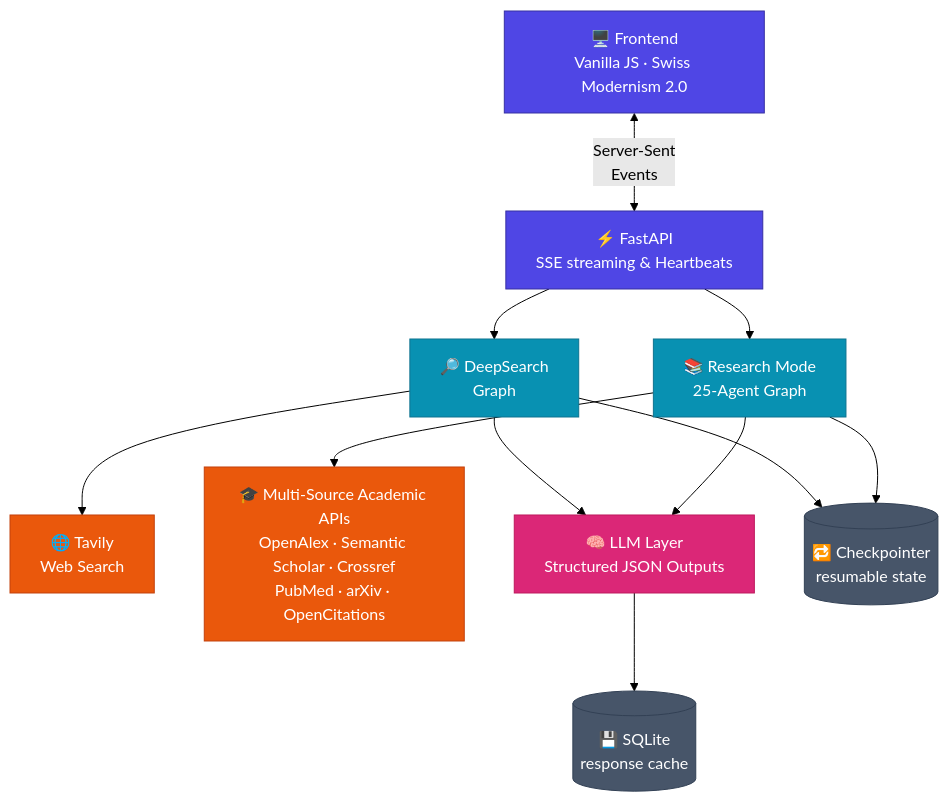
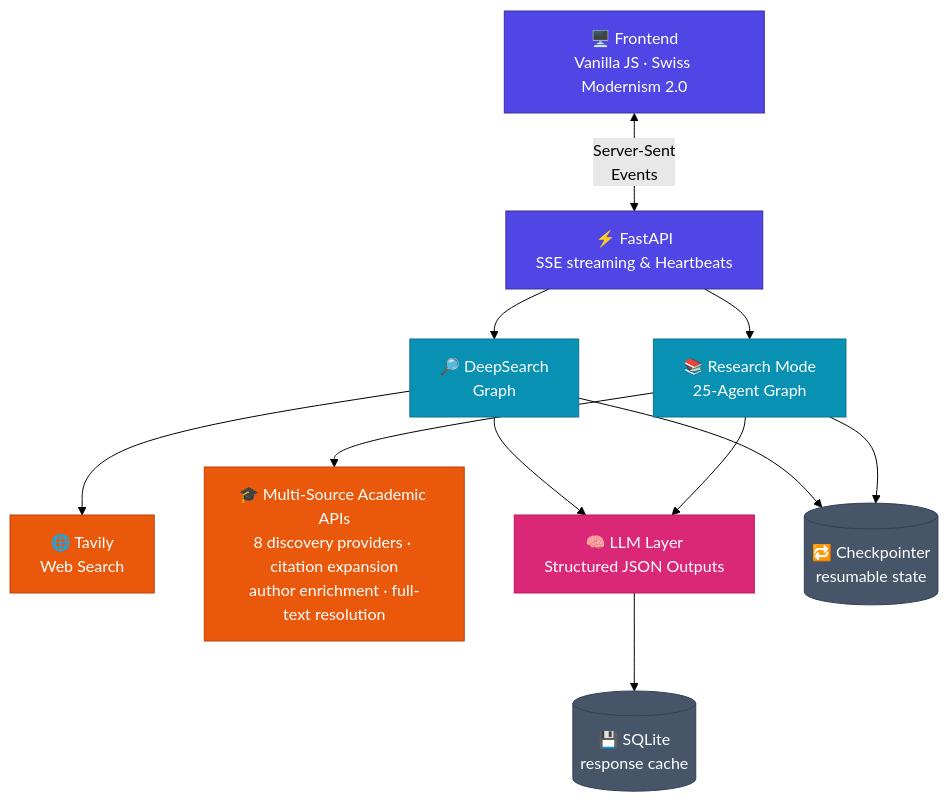
Before and after one commit to Aryan-Pardeshi/DeepResearch_AI: the first of 2 diagrams in README.md, drawn with Mermaid (forest theme). The commit also changed other lines of this file and 1 other file, not shown here.

Commit message:
docs(readme): document all academic API integrations

````diff
--- a/README.md
+++ b/README.md
@@ -34,30 +34,30 @@
 ```mermaid
 flowchart TB
     UI["🖥️ Frontend<br/>Vanilla JS · Swiss Modernism 2.0"]
     API["⚡ FastAPI<br/>SSE streaming & Heartbeats"]
 
     UI <-->|"Server-Sent<br/>Events"| API
 
     API --> DS["🔎 DeepSearch<br/>Graph"]
     API --> RM["📚 Research Mode<br/>25-Agent Graph"]
 
     DS --> TAV["🌐 Tavily<br/>Web Search"]
-    RM --> ACAD["🎓 Multi-Source Academic APIs<br/>OpenAlex · Semantic Scholar · Crossref<br/>PubMed · arXiv · OpenCitations"]
+    RM --> ACAD["🎓 Multi-Source Academic APIs<br/>8 discovery providers · citation expansion<br/>author enrichment · full-text resolution"]
 
     DS --> LLM["🧠 LLM Layer<br/>Structured JSON Outputs"]
     RM --> LLM
     LLM --> CACHE[("💾 SQLite<br/>response cache")]
 
     DS --> CP[("🔁 Checkpointer<br/>resumable state")]
     RM --> CP
 
     style UI fill:#4f46e5,stroke:#3730a3,color:#fff
     style API fill:#4f46e5,stroke:#3730a3,color:#fff
     style DS fill:#0891b2,stroke:#0e7490,color:#fff
     style RM fill:#0891b2,stroke:#0e7490,color:#fff
     style TAV fill:#ea580c,stroke:#c2410c,color:#fff
     style ACAD fill:#ea580c,stroke:#c2410c,color:#fff
     style LLM fill:#db2777,stroke:#be185d,color:#fff
     style CACHE fill:#475569,stroke:#334155,color:#fff
     style CP fill:#475569,stroke:#334155,color:#fff
 ```
````
